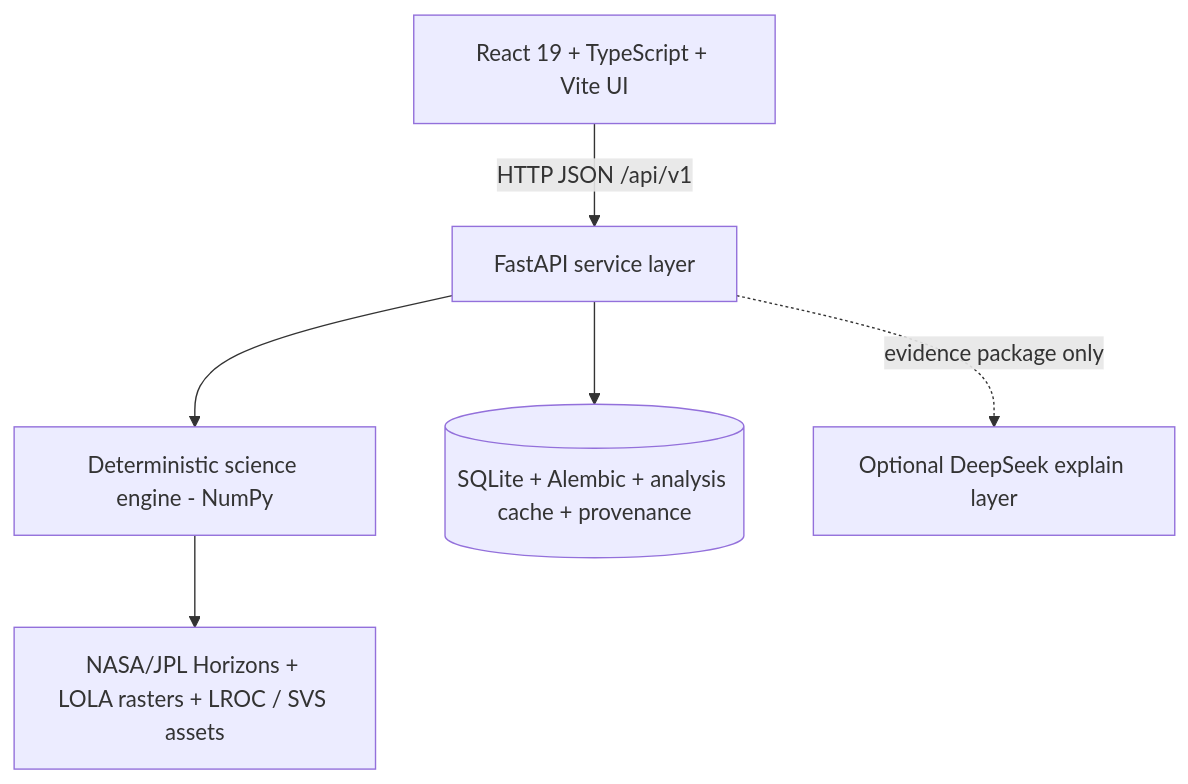
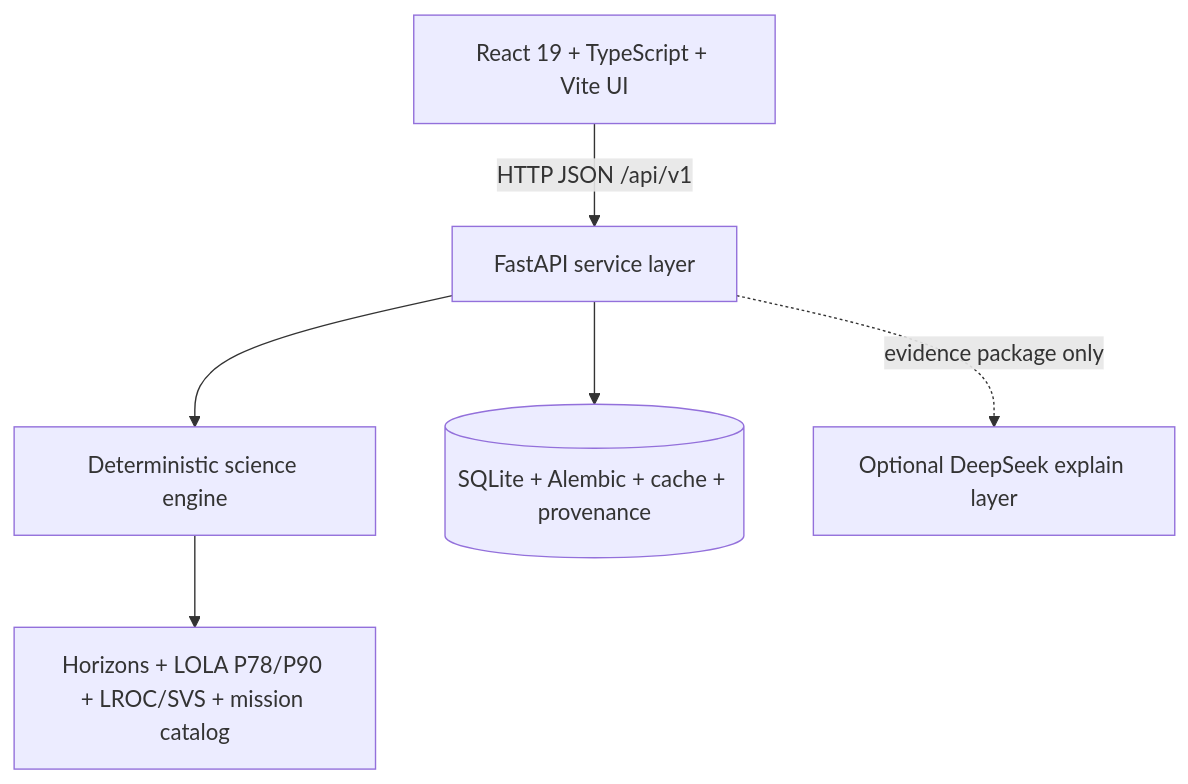
One commit to seyyitkse/Nasa-Space-Apps-SELENORA-Projesi changed the second of 2 diagrams in README.md. Above: the diagram before and after it, drawn with Mermaid. The commit also changed other lines of this file and 9 other files, not shown here.

````diff
--- a/README.md
+++ b/README.md
@@ -148,15 +166,15 @@
 ```mermaid
 flowchart TB
   UI[React 19 + TypeScript + Vite UI]
   API[FastAPI service layer]
-  SCI[Deterministic science engine - NumPy]
-  EXT[NASA/JPL Horizons + LOLA rasters + LROC / SVS assets]
-  DB[(SQLite + Alembic + analysis cache + provenance)]
+  SCI[Deterministic science engine]
+  EXT[Horizons + LOLA P78/P90 + LROC/SVS + mission catalog]
+  DB[(SQLite + Alembic + cache + provenance)]
   AI[Optional DeepSeek explain layer]
 
   UI -->|HTTP JSON /api/v1| API
   API --> SCI
   SCI --> EXT
   API --> DB
   API -.->|evidence package only| AI
 ```
````
